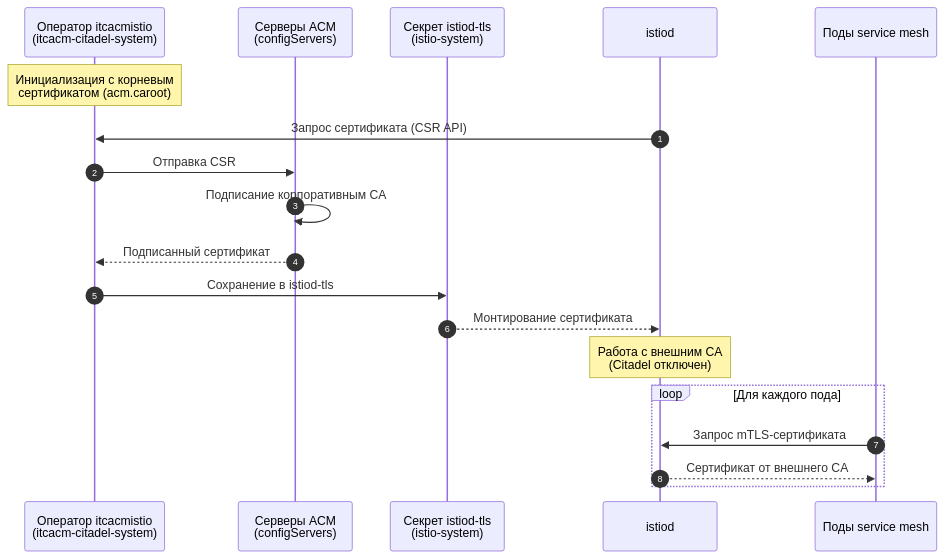
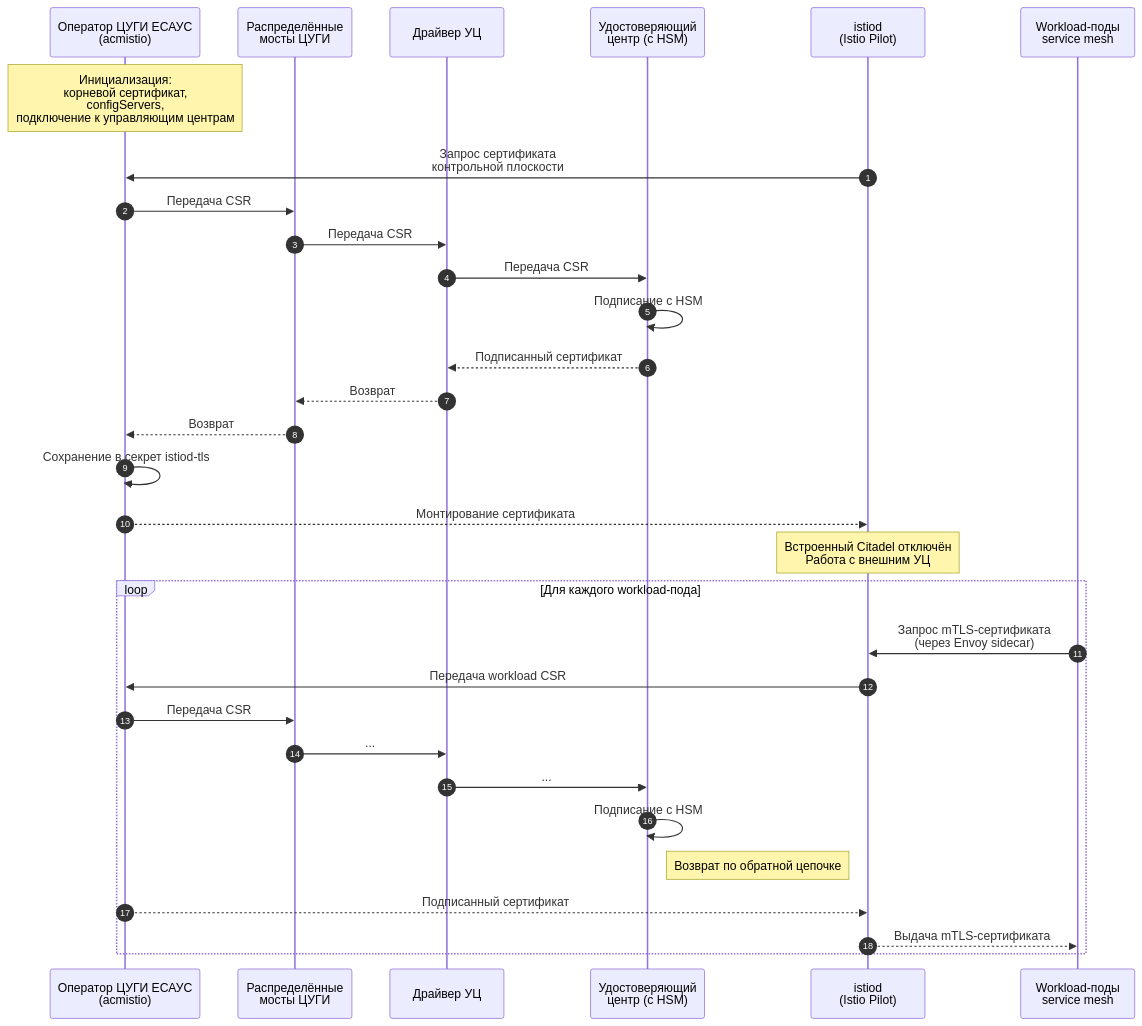
Before and after one commit to ekaterina-docs/itcacmistio-docs: the diagram in docs/architecture.md, drawn with Mermaid. The commit also changed other lines of this file, not shown here.

````diff
--- a/docs/architecture.md
+++ b/docs/architecture.md
@@ -15,25 +16,37 @@
 ```mermaid
 sequenceDiagram
     autonumber
-    participant Operator as Оператор itcacmistio<br/>(itcacm-citadel-system)
-    participant ACM as Серверы ACM<br/>(configServers)
-    participant Secret as Секрет istiod-tls<br/>(istio-system)
-    participant Istiod as istiod
-    participant Pods as Поды service mesh
+    participant Operator as Оператор ЦУГИ ЕСАУС<br/>(acmistio)
+    participant Bridges as Распределённые<br/>мосты ЦУГИ
+    participant Driver as Драйвер УЦ
+    participant CA as Удостоверяющий<br/>центр (с HSM)
+    participant Istiod as istiod<br/>(Istio Pilot)
+    participant Pods as Workload-поды<br/>service mesh
 
-    Note over Operator: Инициализация с корневым<br/>сертификатом (acm.caroot)
-    
-    Istiod->>Operator: Запрос сертификата (CSR API)
-    Operator->>ACM: Отправка CSR
-    ACM->>ACM: Подписание корпоративным CA
-    ACM-->>Operator: Подписанный сертификат
-    Operator->>Secret: Сохранение в istiod-tls
-    Secret-->>Istiod: Монтирование сертификата
-    
-    Note over Istiod: Работа с внешним CA<br/>(Citadel отключен)
-    
-    loop Для каждого пода
-        Pods->>Istiod: Запрос mTLS-сертификата
-        Istiod-->>Pods: Сертификат от внешнего CA
+    Note over Operator: Инициализация:<br/>корневой сертификат,<br/>configServers,<br/>подключение к управляющим центрам
+
+    Istiod->>Operator: Запрос сертификата<br/>контрольной плоскости
+    Operator->>Bridges: Передача CSR
+    Bridges->>Driver: Передача CSR
+    Driver->>CA: Передача CSR
+    CA->>CA: Подписание с HSM
+    CA-->>Driver: Подписанный сертификат
+    Driver-->>Bridges: Возврат
+    Bridges-->>Operator: Возврат
+    Operator->>Operator: Сохранение в секрет istiod-tls
+    Operator-->>Istiod: Монтирование сертификата
+
+    Note over Istiod: Встроенный Citadel отключён<br/>Работа с внешним УЦ
+
+    loop Для каждого workload-пода
+        Pods->>Istiod: Запрос mTLS-сертификата<br/>(через Envoy sidecar)
+        Istiod->>Operator: Передача workload CSR
+        Operator->>Bridges: Передача CSR
+        Bridges->>Driver: ...
+        Driver->>CA: ...
+        CA->>CA: Подписание с HSM
+        Note right of CA: Возврат по обратной цепочке
+        Operator-->>Istiod: Подписанный сертификат
+        Istiod-->>Pods: Выдача mTLS-сертификата
     end
 ```
````
